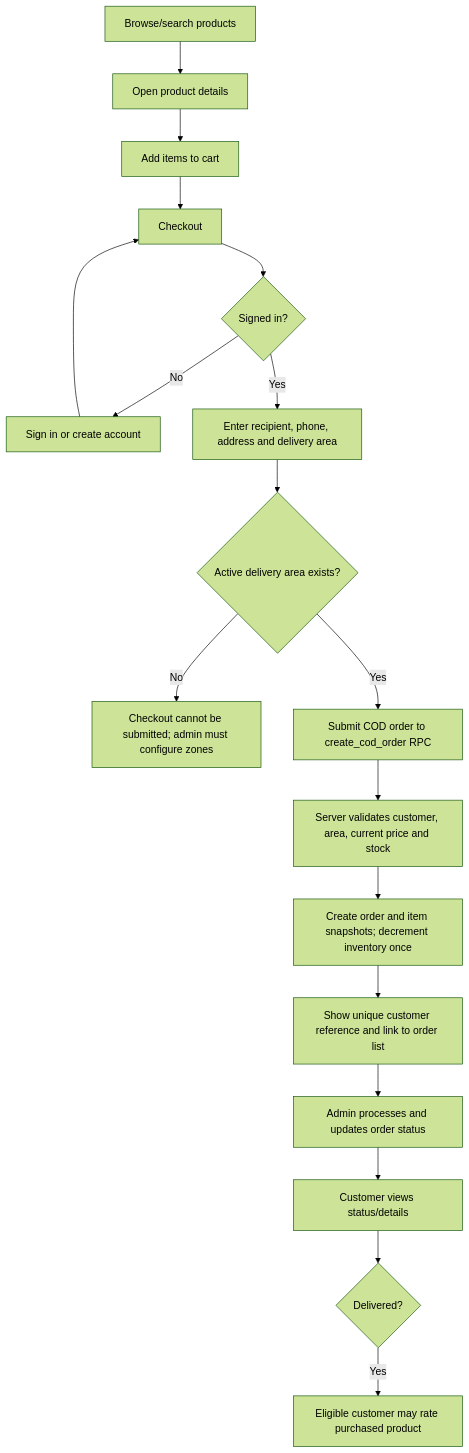
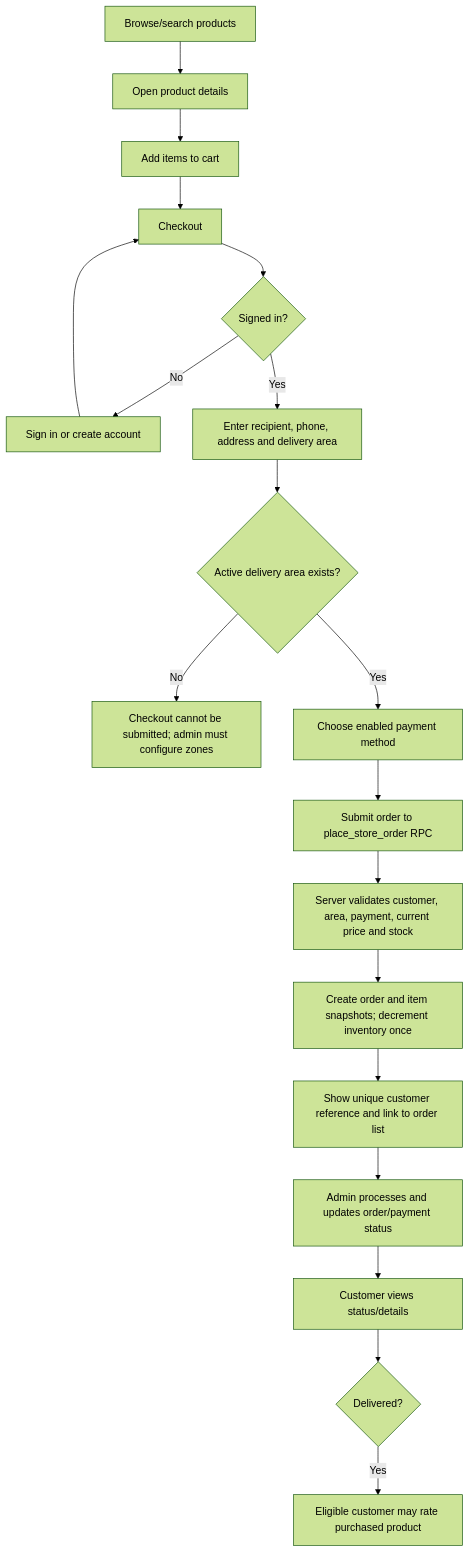
The second of 3 diagrams in docs/PROJECT_DOCUMENTATION.md (hasantanvir286-art/Frostly), drawn with Mermaid (forest theme) before and after one commit. The commit also changed other lines of this file and 5 other files, not shown here.

````diff
--- a/docs/PROJECT_DOCUMENTATION.md
+++ b/docs/PROJECT_DOCUMENTATION.md
@@ -53,20 +53,21 @@
 ```mermaid
 flowchart TD
   A[Browse/search products] --> B[Open product details]
   B --> C[Add items to cart]
   C --> D[Checkout]
   D --> E{Signed in?}
   E -- No --> F[Sign in or create account]
   F --> D
   E -- Yes --> G[Enter recipient, phone, address and delivery area]
   G --> H{Active delivery area exists?}
   H -- No --> I[Checkout cannot be submitted; admin must configure zones]
-  H -- Yes --> J[Submit COD order to create_cod_order RPC]
-  J --> K[Server validates customer, area, current price and stock]
-  K --> L[Create order and item snapshots; decrement inventory once]
-  L --> M[Show unique customer reference and link to order list]
-  M --> N[Admin processes and updates order status]
-  N --> O[Customer views status/details]
-  O --> P{Delivered?}
-  P -- Yes --> Q[Eligible customer may rate purchased product]
+  H -- Yes --> J[Choose enabled payment method]
+  J --> K[Submit order to place_store_order RPC]
+  K --> L[Server validates customer, area, payment, current price and stock]
+  L --> M[Create order and item snapshots; decrement inventory once]
+  M --> N[Show unique customer reference and link to order list]
+  N --> O[Admin processes and updates order/payment status]
+  O --> P[Customer views status/details]
+  P --> Q{Delivered?}
+  Q -- Yes --> R[Eligible customer may rate purchased product]
 ```
````
